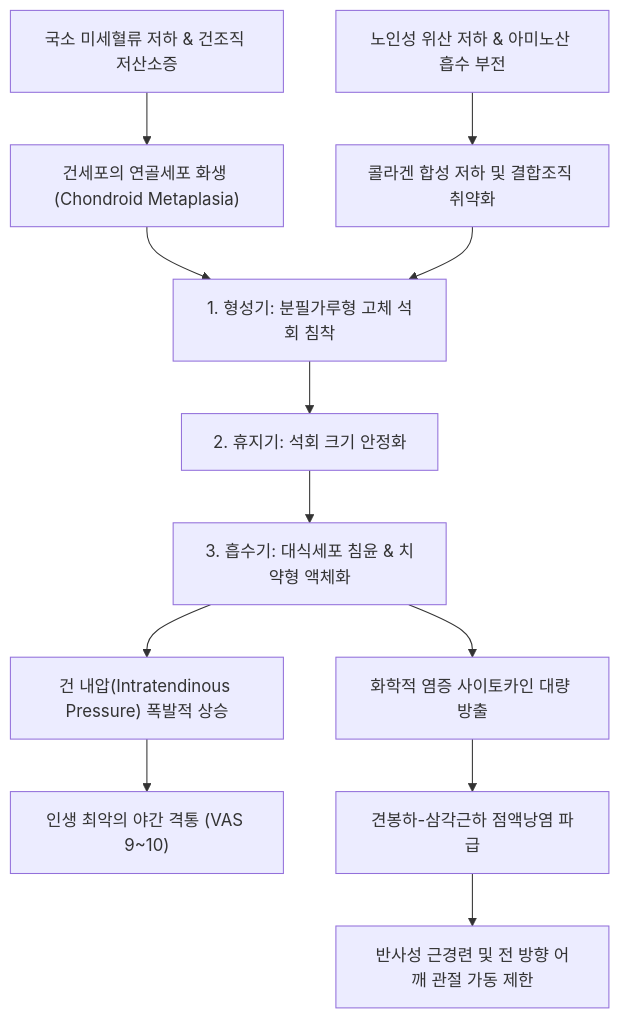
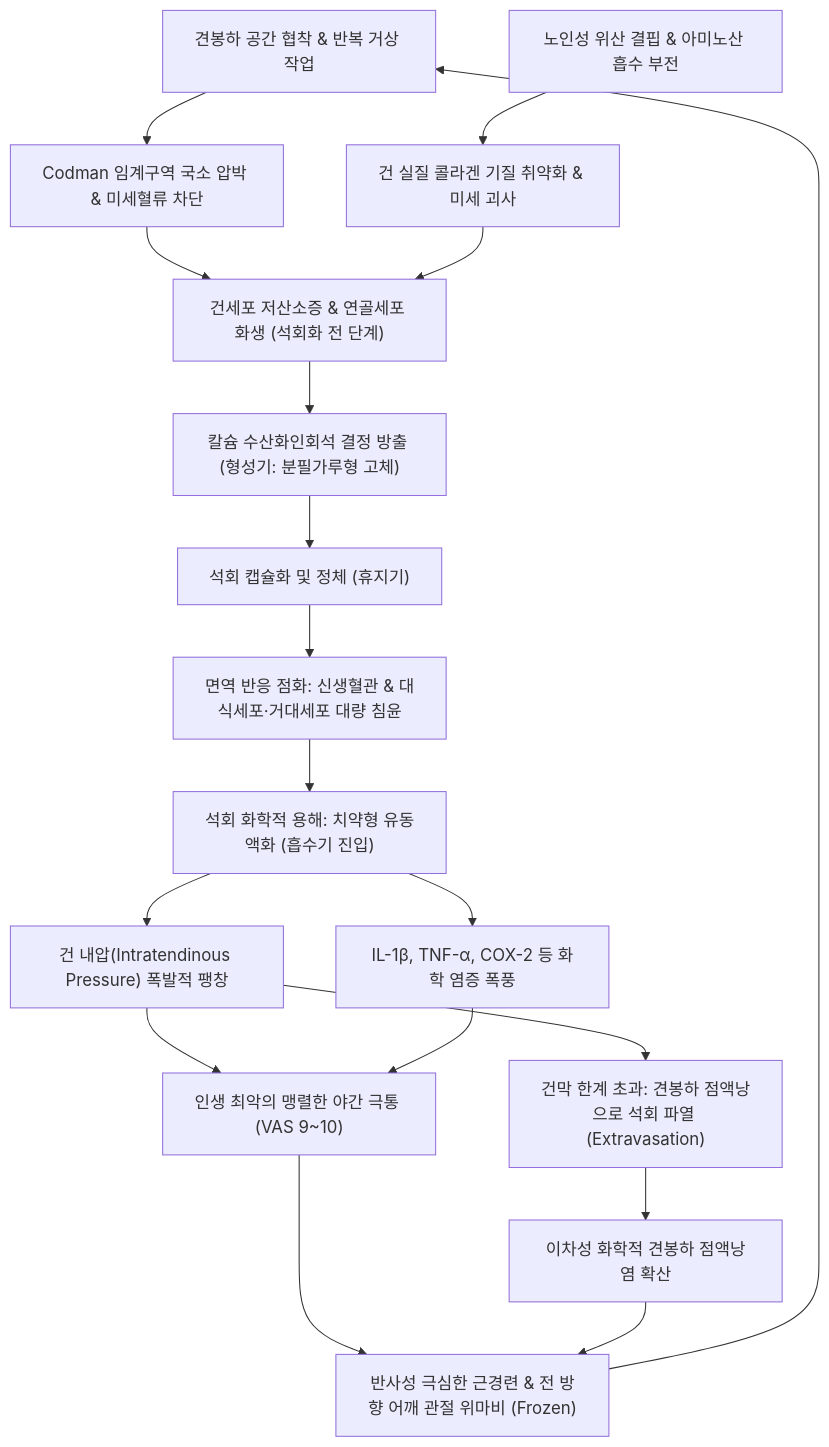
The diagram in content/3. 이론 공부/질환/근골격계 질환/상지/석회성 건염.md (simbio11/simbio-digital-garden2), drawn with Mermaid before and after one commit. The commit also changed other lines of this file and 44 other files, not shown here.

````diff
--- a/content/3. 이론 공부/질환/근골격계 질환/상지/석회성 건염.md
+++ b/content/3. 이론 공부/질환/근골격계 질환/상지/석회성 건염.md
@@ -81,14 +171,20 @@
 ```mermaid
-flowchart TD
-    A["국소 미세혈류 저하 & 건조직 저산소증"] --> B["건세포의 연골세포 화생 (Chondroid Metaplasia)"]
-    C["노인성 위산 저하 & 아미노산 흡수 부전"] --> D["콜라겐 합성 저하 및 결합조직 취약화"]
-    B --> E["1. 형성기: 분필가루형 고체 석회 침착"]
+graph TD
+    A["견봉하 공간 협착 & 반복 거상 작업"] --> B["Codman 임계구역 국소 압박 & 미세혈류 차단"]
+    C["노인성 위산 결핍 & 아미노산 흡수 부전"] --> D["건 실질 콜라겐 기질 취약화 & 미세 괴사"]
+    B --> E["건세포 저산소증 & 연골세포 화생 (석회화 전 단계)"]
     D --> E
-    E --> F["2. 휴지기: 석회 크기 안정화"]
-    F --> G["3. 흡수기: 대식세포 침윤 & 치약형 액체화"]
-    G --> H["건 내압(Intratendinous Pressure) 폭발적 상승"]
-    G --> I["화학적 염증 사이토카인 대량 방출"]
-    H --> J["인생 최악의 야간 격통 (VAS 9~10)"]
-    I --> K["견봉하-삼각근하 점액낭염 파급"]
-    K --> L["반사성 근경련 및 전 방향 어깨 관절 가동 제한"]
+    E --> F["칼슘 수산화인회석 결정 방출 (형성기: 분필가루형 고체)"]
+    F --> G["석회 캡슐화 및 정체 (휴지기)"]
+    G --> H["면역 반응 점화: 신생혈관 & 대식세포·거대세포 대량 침윤"]
+    H --> I["석회 화학적 용해: 치약형 유동액화 (흡수기 진입)"]
+    I --> J["건 내압(Intratendinous Pressure) 폭발적 팽창"]
+    I --> K["IL-1β, TNF-α, COX-2 등 화학 염증 폭풍"]
+    J --> L["인생 최악의 맹렬한 야간 극통 (VAS 9~10)"]
+    K --> L
+    J --> M["건막 한계 초과: 견봉하 점액낭으로 석회 파열 (Extravasation)"]
+    M --> N["이차성 화학적 견봉하 점액낭염 확산"]
+    L --> O["반사성 극심한 근경련 & 전 방향 어깨 관절 위마비 (Frozen)"]
+    N --> O
+    O --> A
 ```
````
